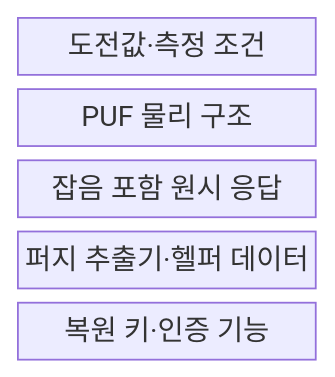
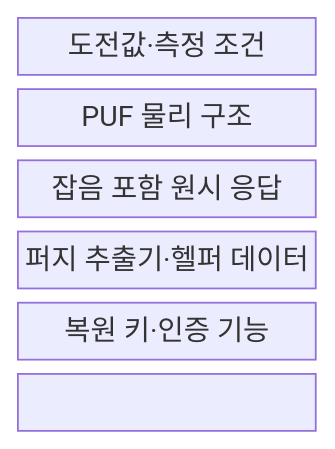
One commit to agnusdei1207/knowledge-base changed the first of 2 diagrams in src/content/docs/notes/05-security/129_puf.md. Above: the diagram before and after it, drawn with Mermaid. The commit also changed other lines of this file and 151 other files, not shown here.

````diff
--- a/src/content/docs/notes/05-security/129_puf.md
+++ b/src/content/docs/notes/05-security/129_puf.md
@@ -56,9 +56,11 @@
 ```mermaid
 block-beta
   columns 1
   C["도전값·측정 조건"]
   P["PUF 물리 구조"]
   R["잡음 포함 원시 응답"]
   F["퍼지 추출기·헬퍼 데이터"]
   K["복원 키·인증 기능"]
+  C --- P --- R
+  R --- F --- K
 ```
````
